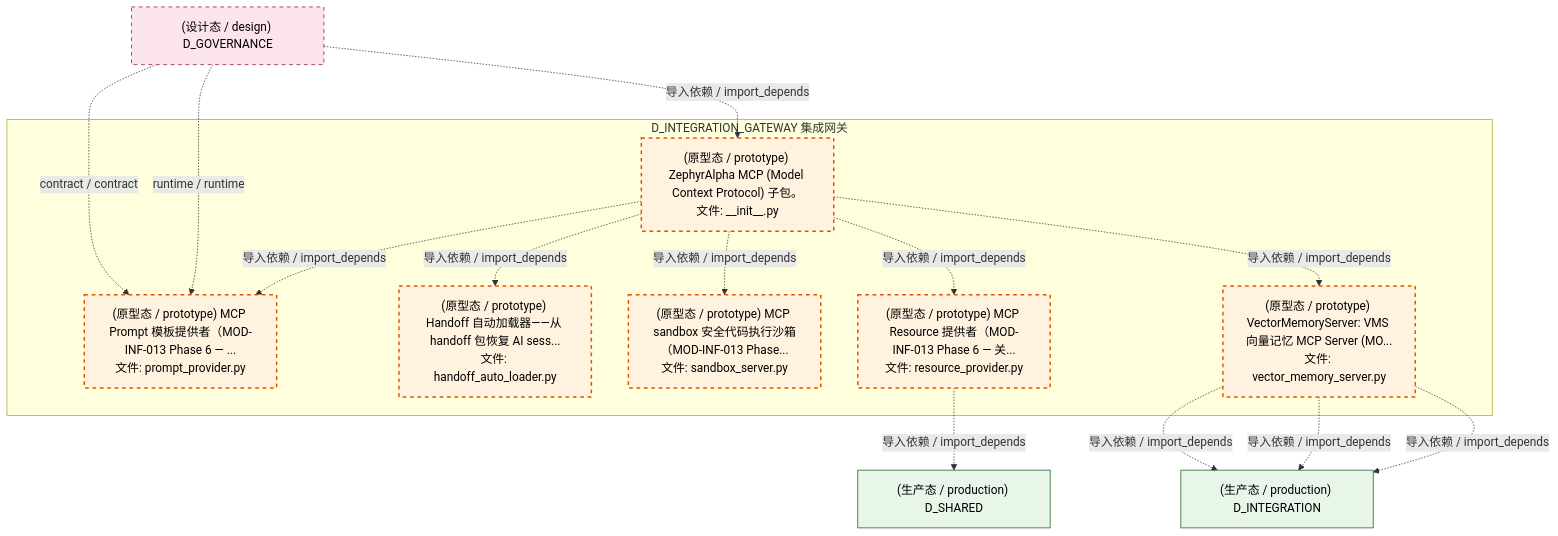
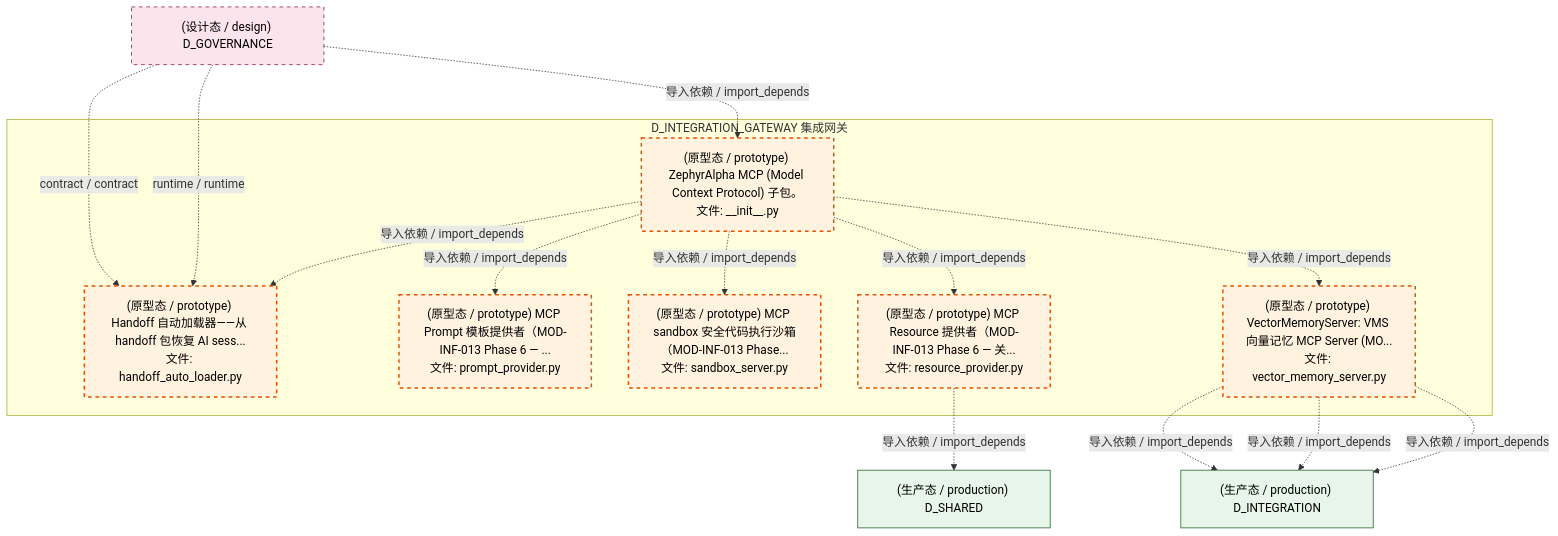
One commit to xuanFelixVan/ZephyrAlpha changed the third of 4 diagrams in docs/02_enterprise_architecture/02_domain_architecture_docs/13_d_integration_gateway.md. Above: the diagram before and after it, drawn with Mermaid. The commit also changed other lines of this file and 100 other files, not shown here.

````diff
--- a/docs/02_enterprise_architecture/02_domain_architecture_docs/13_d_integration_gateway.md
+++ b/docs/02_enterprise_architecture/02_domain_architecture_docs/13_d_integration_gateway.md
@@ -259,33 +261,33 @@
 ```mermaid
 graph TD
     subgraph D_INTEGRATION_GATEWAY["D_INTEGRATION_GATEWAY 集成网关"]
         src_zephyr_integration_mcp_init_py["(原型态 / prototype) ZephyrAlpha MCP (Model Context Protocol) 子包。<br/>文件: __init__.py"]
         src_zephyr_integration_mcp_handoff_auto_loader_py["(原型态 / prototype) Handoff 自动加载器——从 handoff 包恢复 AI sess...<br/>文件: handoff_auto_loader.py"]
         src_zephyr_integration_mcp_prompt_provider_py["(原型态 / prototype) MCP Prompt 模板提供者（MOD-INF-013 Phase 6 — ...<br/>文件: prompt_provider.py"]
         src_zephyr_integration_mcp_resource_provider_py["(原型态 / prototype) MCP Resource 提供者（MOD-INF-013 Phase 6 — 关...<br/>文件: resource_provider.py"]
         src_zephyr_integration_mcp_sandbox_server_py["(原型态 / prototype) MCP sandbox 安全代码执行沙箱（MOD-INF-013 Phase...<br/>文件: sandbox_server.py"]
         src_zephyr_integration_mcp_vector_memory_server_py["(原型态 / prototype) VectorMemoryServer: VMS 向量记忆 MCP Server (MO...<br/>文件: vector_memory_server.py"]
     end
+    src_zephyr_integration_mcp_init_py -.->|导入依赖 / import_depends| src_zephyr_integration_mcp_handoff_auto_loader_py
     src_zephyr_integration_mcp_init_py -.->|导入依赖 / import_depends| src_zephyr_integration_mcp_prompt_provider_py
-    src_zephyr_integration_mcp_init_py -.->|导入依赖 / import_depends| src_zephyr_integration_mcp_handoff_auto_loader_py
     src_zephyr_integration_mcp_init_py -.->|导入依赖 / import_depends| src_zephyr_integration_mcp_sandbox_server_py
     src_zephyr_integration_mcp_init_py -.->|导入依赖 / import_depends| src_zephyr_integration_mcp_resource_provider_py
     src_zephyr_integration_mcp_init_py -.->|导入依赖 / import_depends| src_zephyr_integration_mcp_vector_memory_server_py
     D_SHARED["(生产态 / production) D_SHARED"]
     src_zephyr_integration_mcp_resource_provider_py -.->|导入依赖 / import_depends| D_SHARED
     D_INTEGRATION["(生产态 / production) D_INTEGRATION"]
     src_zephyr_integration_mcp_vector_memory_server_py -.->|导入依赖 / import_depends| D_INTEGRATION
     src_zephyr_integration_mcp_vector_memory_server_py -.->|导入依赖 / import_depends| D_INTEGRATION
     src_zephyr_integration_mcp_vector_memory_server_py -.->|导入依赖 / import_depends| D_INTEGRATION
     D_GOVERNANCE["(设计态 / design) D_GOVERNANCE"]
-    D_GOVERNANCE -.->|contract / contract| src_zephyr_integration_mcp_prompt_provider_py
-    D_GOVERNANCE -.->|runtime / runtime| src_zephyr_integration_mcp_prompt_provider_py
+    D_GOVERNANCE -.->|contract / contract| src_zephyr_integration_mcp_handoff_auto_loader_py
+    D_GOVERNANCE -.->|runtime / runtime| src_zephyr_integration_mcp_handoff_auto_loader_py
     D_GOVERNANCE -.->|导入依赖 / import_depends| src_zephyr_integration_mcp_init_py
     classDef production fill:#e1f5fe,stroke:#01579b,stroke-width:2px,color:#000
     classDef design fill:#fff3e0,stroke:#e65100,stroke-width:2px,color:#000,stroke-dasharray: 5 5
     classDef external_prod fill:#e8f5e9,stroke:#1b5e20,stroke-width:1px,color:#000
     classDef external_design fill:#fce4ec,stroke:#880e4f,stroke-width:1px,color:#000,stroke-dasharray: 5 5
     class src_zephyr_integration_mcp_init_py,src_zephyr_integration_mcp_handoff_auto_loader_py,src_zephyr_integration_mcp_prompt_provider_py,src_zephyr_integration_mcp_resource_provider_py,src_zephyr_integration_mcp_sandbox_server_py,src_zephyr_integration_mcp_vector_memory_server_py design
     class D_SHARED,D_INTEGRATION external_prod
     class D_GOVERNANCE external_design
 ```
````
